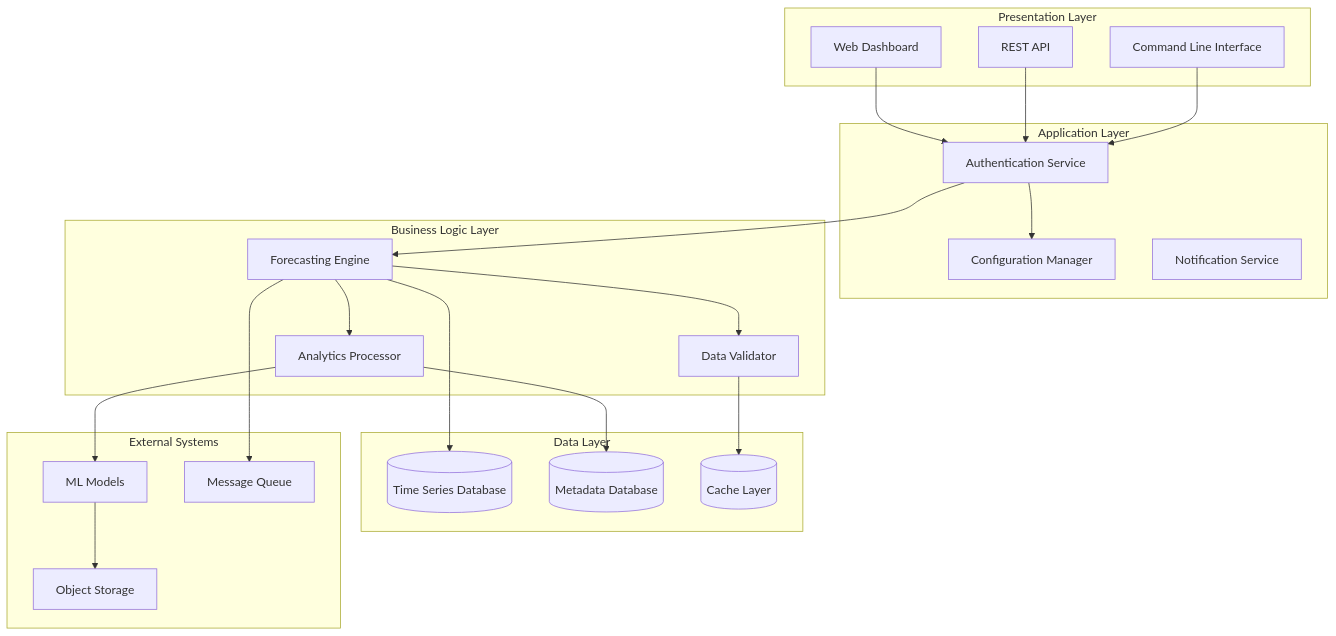
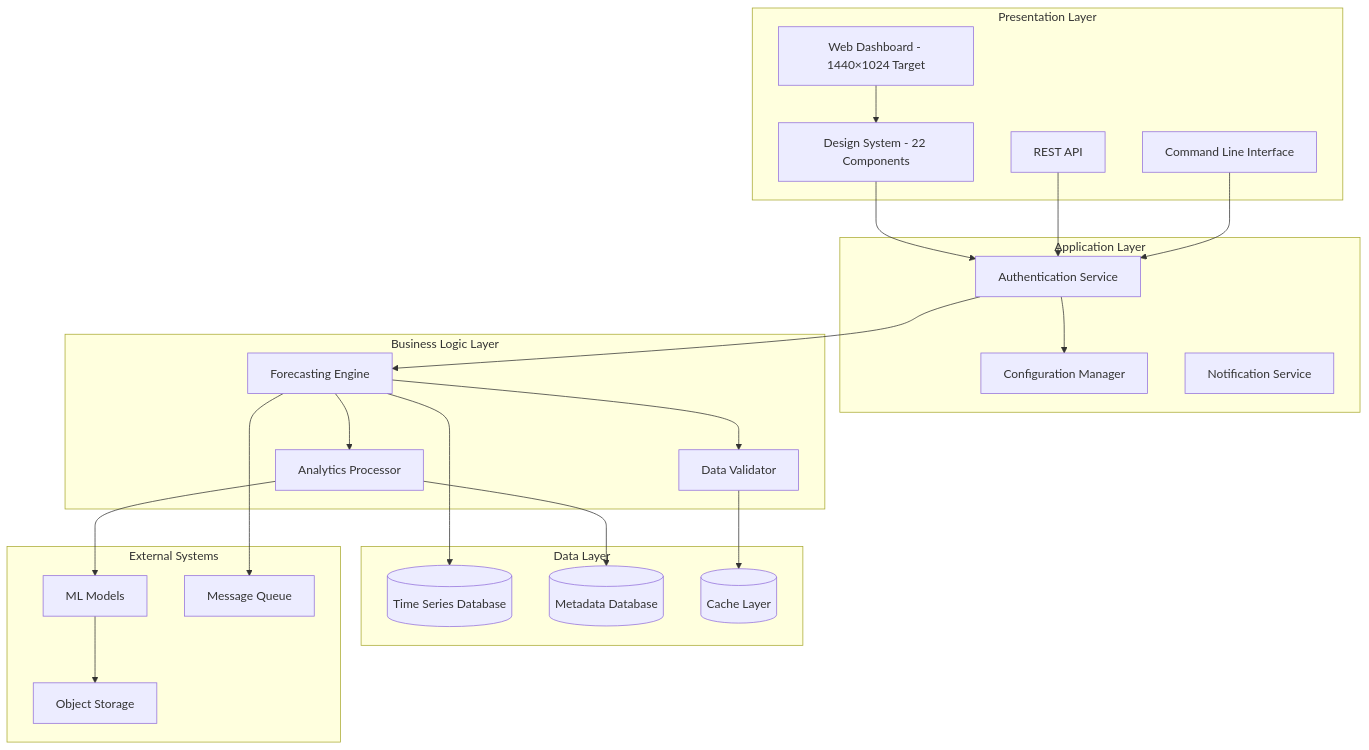
The second of 8 diagrams in .qoder/repowiki/en/content/Functional Specifications.md (od3n/forecastiq), drawn with Mermaid before and after one commit. The commit also changed other lines of this file and 3 other files, not shown here.

````diff
--- a/.qoder/repowiki/en/content/Functional Specifications.md
+++ b/.qoder/repowiki/en/content/Functional Specifications.md
@@ -97,41 +133,43 @@
 ```mermaid
 graph TB
 subgraph "Presentation Layer"
-UI[Web Dashboard]
+UI[Web Dashboard - 1440×1024 Target]
 API[REST API]
 CLI[Command Line Interface]
+DS[Design System - 22 Components]
 end
 subgraph "Application Layer"
 Auth[Authentication Service]
 Config[Configuration Manager]
 Notification[Notification Service]
 end
 subgraph "Business Logic Layer"
 Forecast[Forecasting Engine]
 Analytics[Analytics Processor]
 Validation[Data Validator]
 end
 subgraph "Data Layer"
 TSDB[(Time Series Database)]
 MetaDB[(Metadata Database)]
 Cache[(Cache Layer)]
 end
 subgraph "External Systems"
 ML[ML Models]
 Storage[Object Storage]
 Queue[Message Queue]
 end
-UI --> Auth
+UI --> DS
+DS --> Auth
 API --> Auth
 CLI --> Auth
 Auth --> Config
 Auth --> Forecast
 Forecast --> Analytics
 Forecast --> Validation
 Analytics --> ML
 Forecast --> TSDB
 Analytics --> MetaDB
 Validation --> Cache
 ML --> Storage
 Forecast --> Queue
 ```
````
